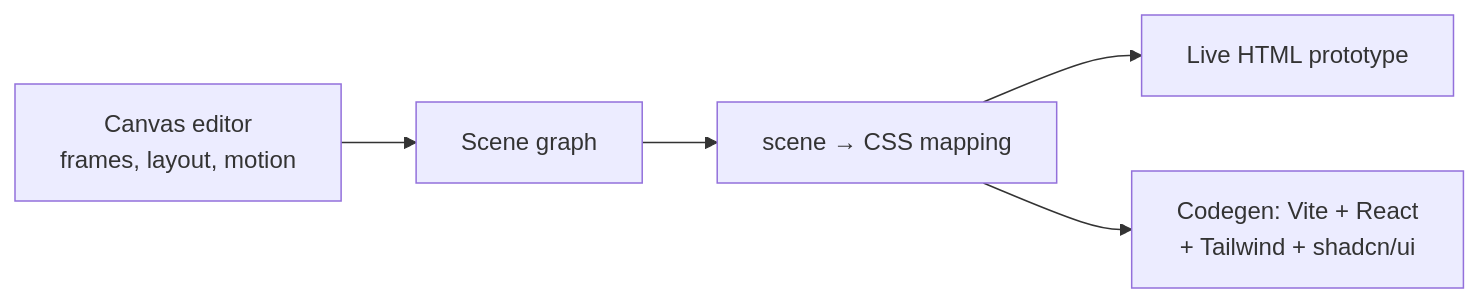
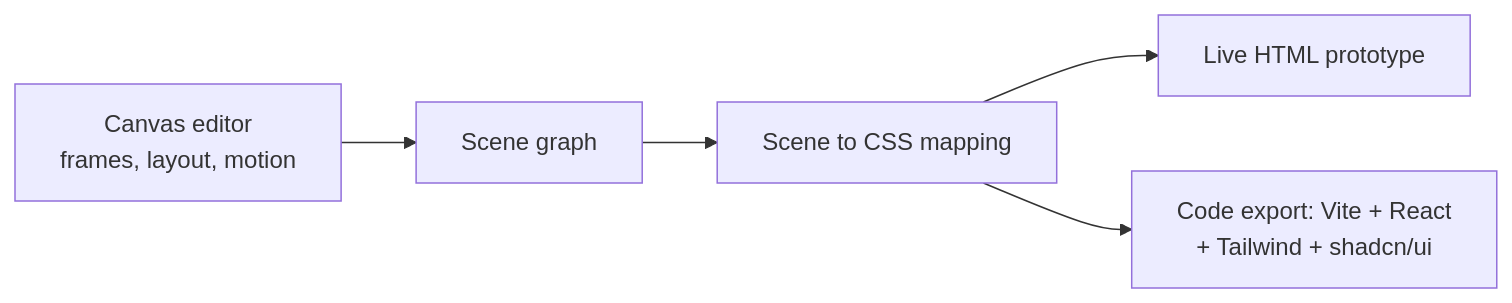
The third of 4 diagrams in README.md (ParthVarekar/ParthVarekar), drawn with Mermaid before and after one commit. The commit also changed other lines of this file and 31 other files, not shown here.

````diff
--- a/README.md
+++ b/README.md
@@ -61,7 +57,7 @@
 ```mermaid
 flowchart LR
     E["Canvas editor<br/>frames, layout, motion"] --> SG["Scene graph"]
-    SG --> CSS["scene → CSS mapping"]
+    SG --> CSS["Scene to CSS mapping"]
     CSS --> PV["Live HTML prototype"]
-    CSS --> CG["Codegen: Vite + React<br/>+ Tailwind + shadcn/ui"]
+    CSS --> CG["Code export: Vite + React<br/>+ Tailwind + shadcn/ui"]
 ```
````
